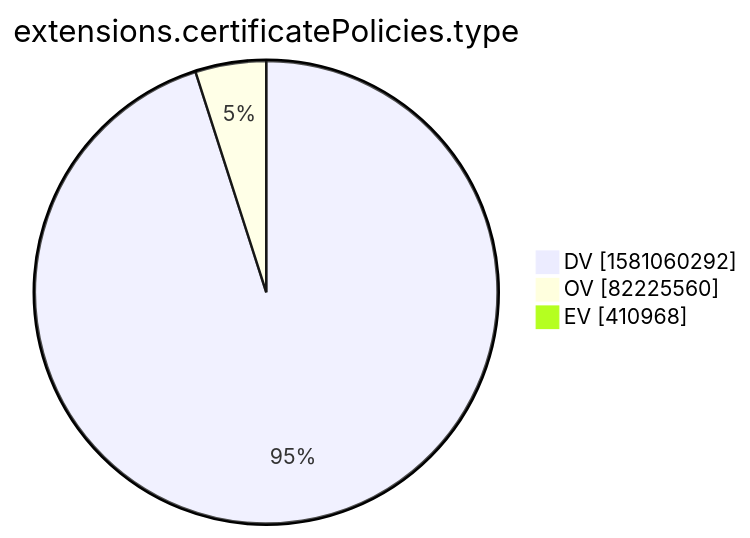
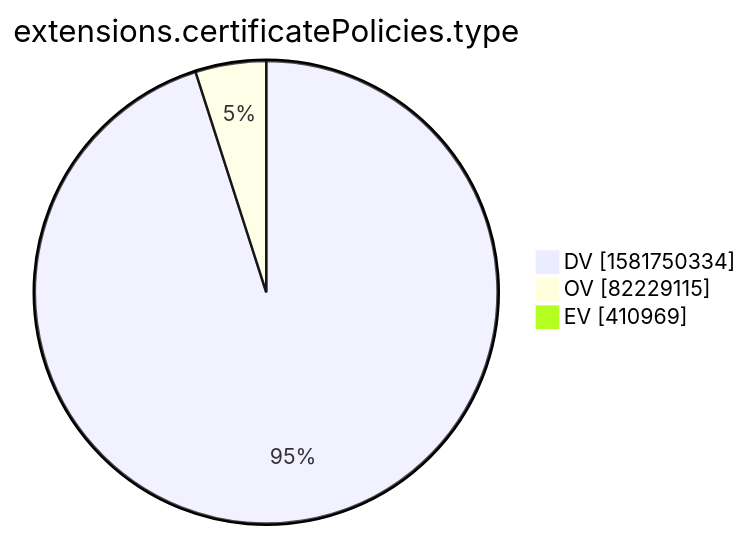
Before and after one commit to christiankrug/ctmonitor_visualization: the tenth of 15 diagrams in xenon2022/README.md, drawn with Mermaid. The commit also changed other lines of this file, not shown here.

````diff
--- a/xenon2022/README.md
+++ b/xenon2022/README.md
@@ -2877,7 +2877,7 @@
 ```mermaid
 pie showData
 title extensions.certificatePolicies.type
-"DV" :1581060292
-"OV" :82225560
-"EV" :410968
+"DV" :1581750334
+"OV" :82229115
+"EV" :410969
 ```
````
